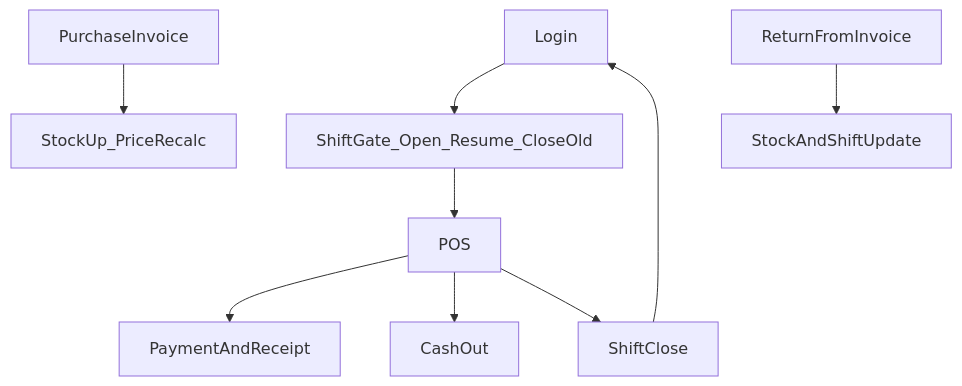
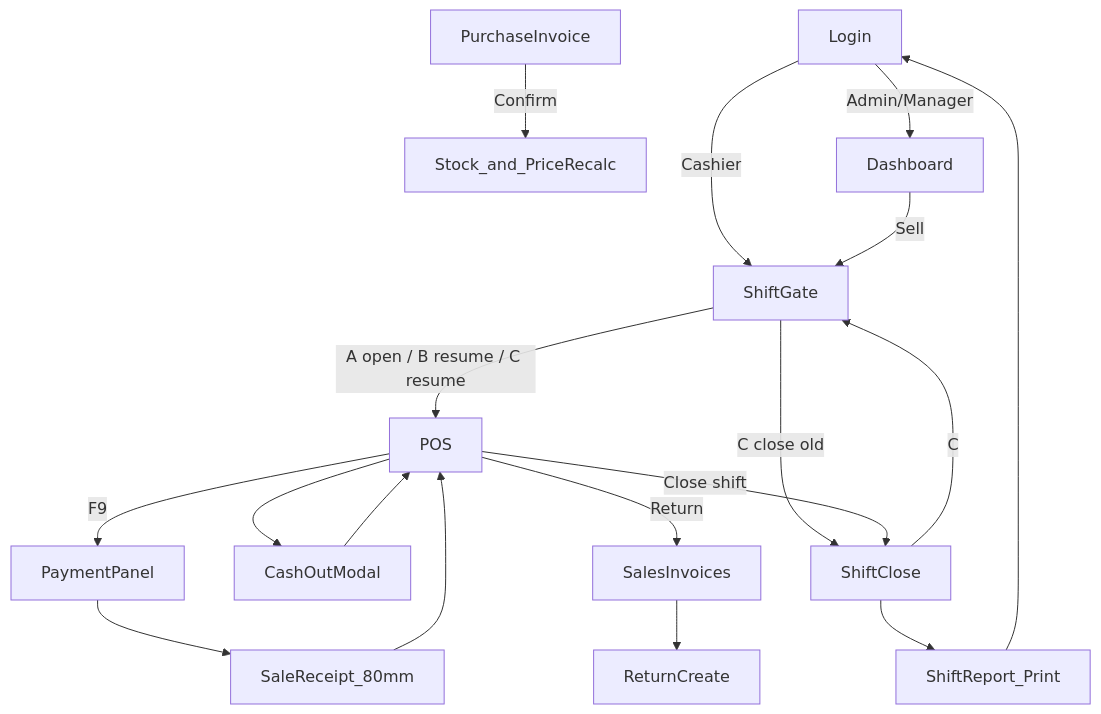
One commit to hesham1108/POS-V2 changed the diagram in docs/page-composition.md. Above: the diagram before and after it, drawn with Mermaid. The commit also changed other lines of this file and 4 other files, not shown here.

````diff
--- a/docs/page-composition.md
+++ b/docs/page-composition.md
@@ -21,19 +48,27 @@
 ```mermaid
 flowchart TD
   Login[Login]
-  ShiftGate[ShiftGate_Open_Resume_CloseOld]
+  Gate[ShiftGate]
   POS[POS]
-  Pay[PaymentAndReceipt]
-  ShiftClose[ShiftClose]
-  CashOut[CashOut]
+  Pay[PaymentPanel]
+  Receipt[SaleReceipt_80mm]
+  CashOut[CashOutModal]
+  Close[ShiftClose]
+  ShiftReport[ShiftReport_Print]
+  Sales[SalesInvoices]
+  Return[ReturnCreate]
   Purchase[PurchaseInvoice]
-  ReturnFlow[ReturnFromInvoice]
-  Login --> ShiftGate
-  ShiftGate --> POS
-  POS --> Pay
-  POS --> CashOut
-  POS --> ShiftClose
-  ShiftClose --> Login
-  Purchase --> StockPrice[StockUp_PriceRecalc]
-  ReturnFlow --> StockShift[StockAndShiftUpdate]
+  Stock[Stock_and_PriceRecalc]
+
+  Login -->|Cashier| Gate
+  Login -->|Admin/Manager| Dashboard[Dashboard]
+  Dashboard -->|Sell| Gate
+  Gate -->|A open / B resume / C resume| POS
+  Gate -->|C close old| Close
+  POS -->|F9| Pay --> Receipt --> POS
+  POS --> CashOut --> POS
+  POS -->|Return| Sales --> Return
+  POS -->|Close shift| Close --> ShiftReport --> Login
+  Close -->|C| Gate
+  Purchase -->|Confirm| Stock
 ```
````
